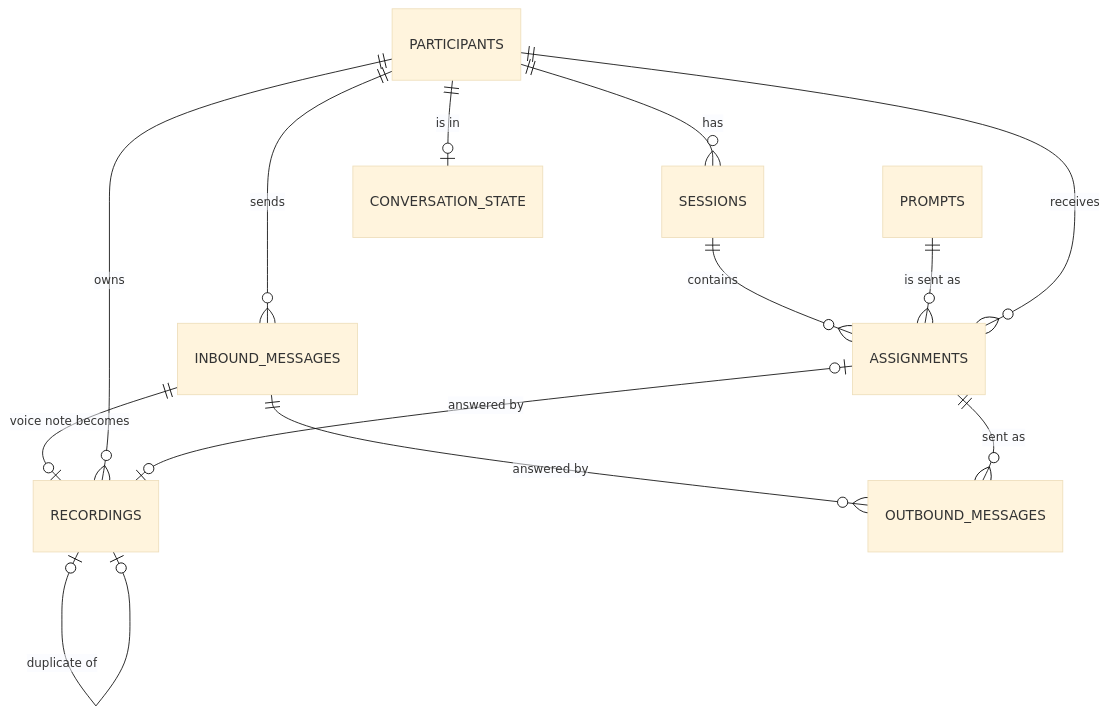
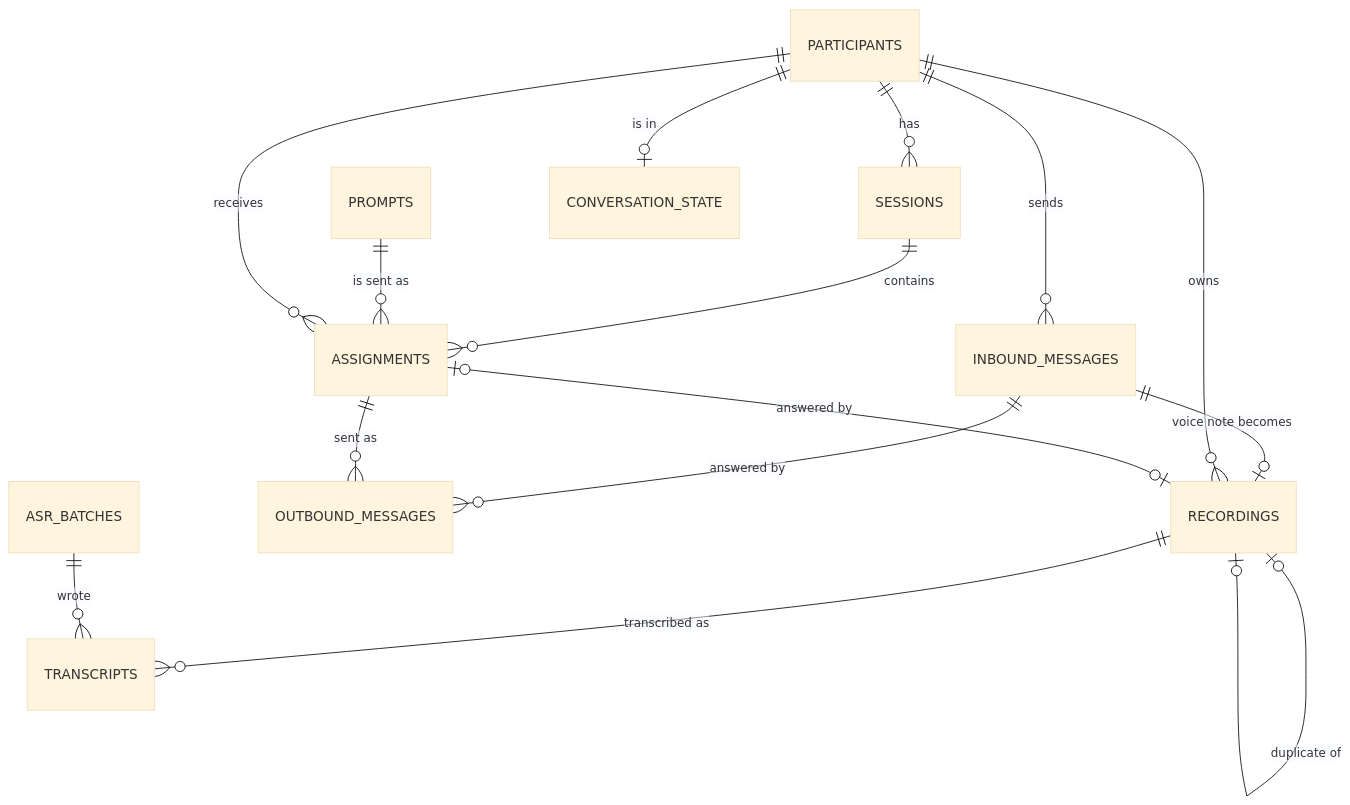
Before and after one commit to dmatekenya/whatsapp-speech-collector: the diagram in docs/architecture/database.md, drawn with Mermaid (base theme). The commit also changed other lines of this file and 24 other files, not shown here.

Commit message:
ASR batch step 1: Modal transcription, transcripts and asr_batches tables

````diff
--- a/docs/architecture/database.md
+++ b/docs/architecture/database.md
@@ -28,15 +31,17 @@
 ```mermaid
 erDiagram
   PARTICIPANTS ||--o{ INBOUND_MESSAGES : sends
   INBOUND_MESSAGES ||--o| RECORDINGS : "voice note becomes"
   PARTICIPANTS ||--o{ RECORDINGS : owns
   PARTICIPANTS ||--o{ SESSIONS : has
   SESSIONS ||--o{ ASSIGNMENTS : contains
   PROMPTS ||--o{ ASSIGNMENTS : "is sent as"
   PARTICIPANTS ||--o{ ASSIGNMENTS : receives
   ASSIGNMENTS |o--o| RECORDINGS : "answered by"
   RECORDINGS |o--o| RECORDINGS : "duplicate of"
   PARTICIPANTS ||--o| CONVERSATION_STATE : "is in"
   INBOUND_MESSAGES ||--o{ OUTBOUND_MESSAGES : "answered by"
   ASSIGNMENTS ||--o{ OUTBOUND_MESSAGES : "sent as"
+  RECORDINGS ||--o{ TRANSCRIPTS : "transcribed as"
+  ASR_BATCHES ||--o{ TRANSCRIPTS : wrote
 ```
````
